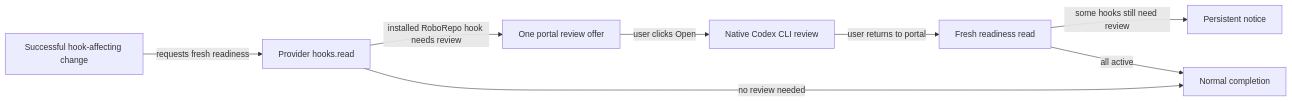
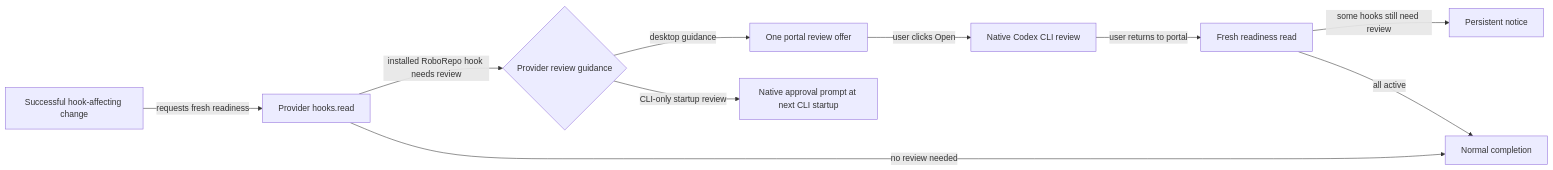
The second of 2 diagrams in docs/plans/review/harness-hook-readiness-provider-adapters.md (kirinmurphy/roborepo-alpha), drawn with Mermaid before and after one commit. The commit also changed other lines of this file, not shown here.

Commit message:
Record CLI-only workflow decision and native approval QA

````diff
--- a/docs/plans/review/harness-hook-readiness-provider-adapters.md
+++ b/docs/plans/review/harness-hook-readiness-provider-adapters.md
@@ -266,10 +266,12 @@
 ```mermaid
 flowchart LR
   Change[Successful hook-affecting change] -->|requests fresh readiness| Read[Provider hooks.read]
-  Read -->|installed RoboRepo hook needs review| Offer[One portal review offer]
+  Read -->|installed RoboRepo hook needs review| Policy{Provider review guidance}
+  Policy -->|desktop guidance| Offer[One portal review offer]
+  Policy -->|CLI-only startup review| Startup[Native approval prompt at next CLI startup]
   Read -->|no review needed| Done[Normal completion]
   Offer -->|user clicks Open| Native[Native Codex CLI review]
   Native -->|user returns to portal| Refresh[Fresh readiness read]
   Refresh -->|some hooks still need review| Notice[Persistent notice]
   Refresh -->|all active| Done
 ```
````
